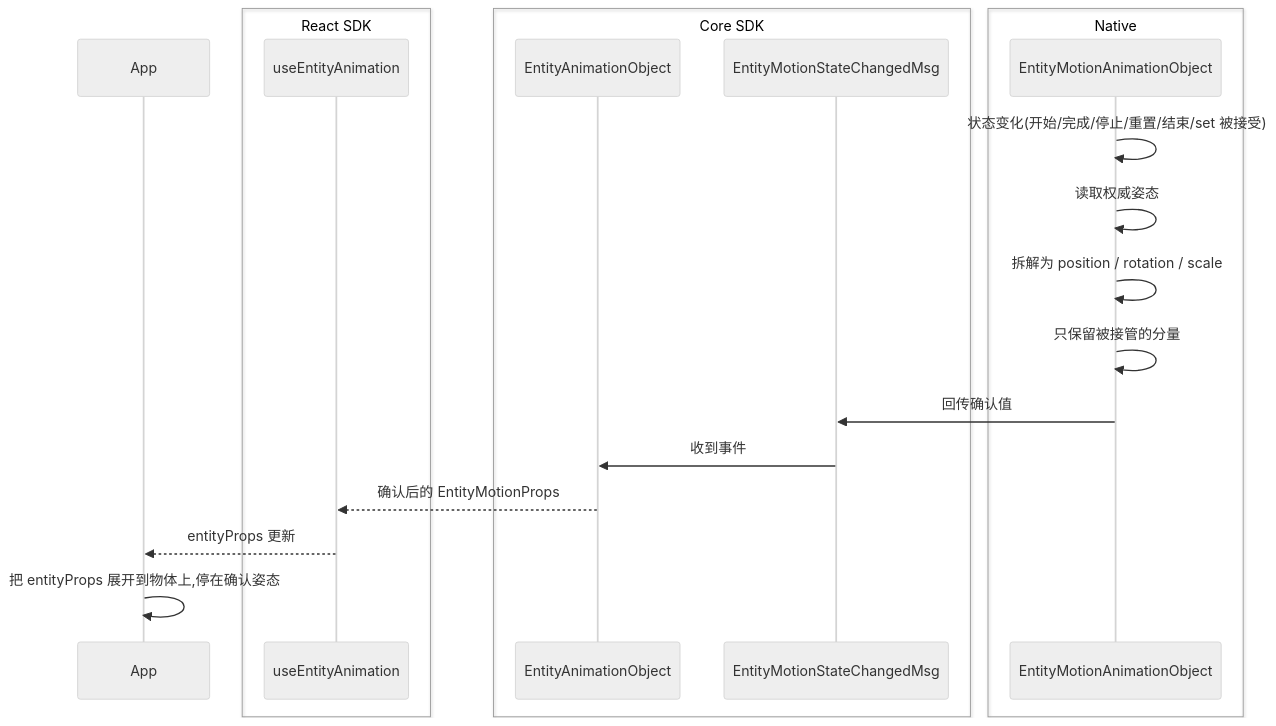
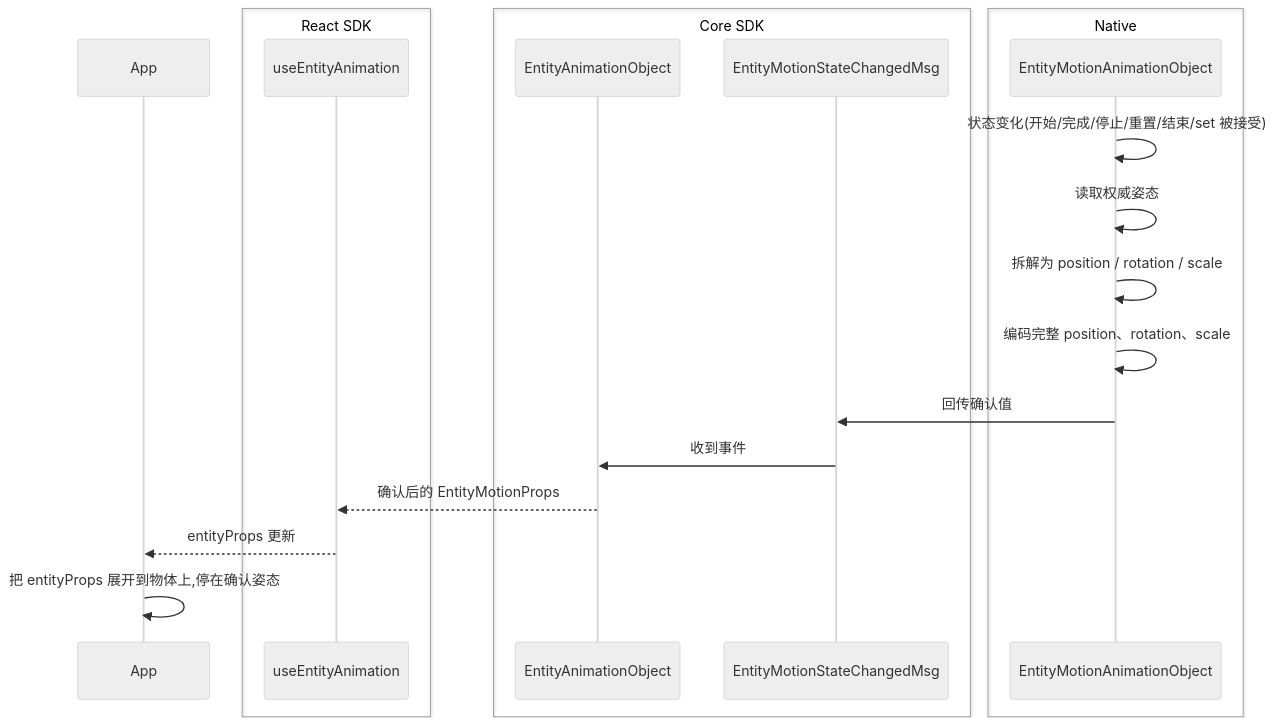
One commit to webspatial/webspatial-sdk changed the fourth of 14 diagrams in openspec/changes/redesign-entity-motion-api/design.zh.md. Above: the diagram before and after it, drawn with Mermaid (neutral theme). The commit also changed other lines of this file and 7 other files, not shown here.

````diff
--- a/openspec/changes/redesign-entity-motion-api/design.zh.md
+++ b/openspec/changes/redesign-entity-motion-api/design.zh.md
@@ -351,24 +351,24 @@
 ```mermaid
 sequenceDiagram
     participant App
     box React SDK
         participant Hook as useEntityAnimation
     end
     box Core SDK
         participant Obj as EntityAnimationObject
         participant Event as EntityMotionStateChangedMsg
     end
     box Native
         participant NativeObj as EntityMotionAnimationObject
     end
 
     NativeObj->>NativeObj: 状态变化(开始/完成/停止/重置/结束/set 被接受)
     NativeObj->>NativeObj: 读取权威姿态
     NativeObj->>NativeObj: 拆解为 position / rotation / scale
-    NativeObj->>NativeObj: 只保留被接管的分量
+    NativeObj->>NativeObj: 编码完整 position、rotation、scale
     NativeObj->>Event: 回传确认值
     Event->>Obj: 收到事件
     Obj-->>Hook: 确认后的 EntityMotionProps
     Hook-->>App: entityProps 更新
     App->>App: 把 entityProps 展开到物体上,停在确认姿态
 ```
````
